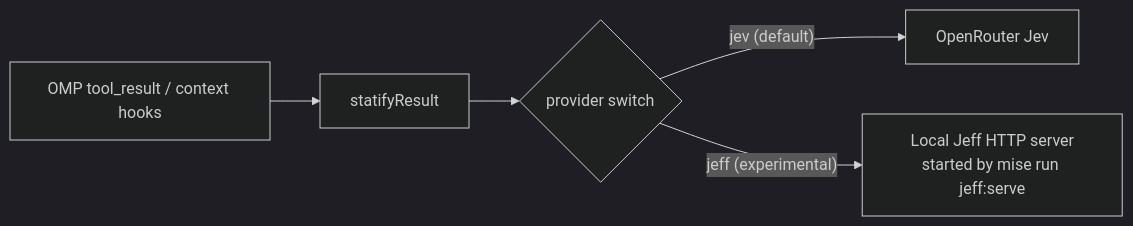
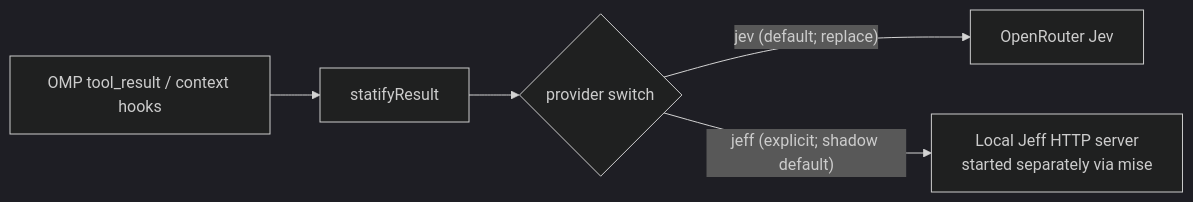
Before and after one commit to d3d0n/omp-statify: the diagram in docs/jeff.md, drawn with Mermaid (dark theme). The commit also changed other lines of this file and 11 other files, not shown here.

Commit message:
feat: add experimental local Jeff provider

````diff
--- a/docs/jeff.md
+++ b/docs/jeff.md
@@ -114,7 +117,7 @@
 ```mermaid
 flowchart LR
     A["OMP tool_result / context hooks"] --> B["statifyResult"]
     B --> C{"provider switch"}
-    C -->|"jev (default)"| D["OpenRouter Jev"]
-    C -->|"jeff (experimental)"| E["Local Jeff HTTP server<br/>started by mise run jeff:serve"]
+    C -->|"jev (default; replace)"| D["OpenRouter Jev"]
+    C -->|"jeff (explicit; shadow default)"| E["Local Jeff HTTP server<br/>started separately via mise"]
 ```
````
